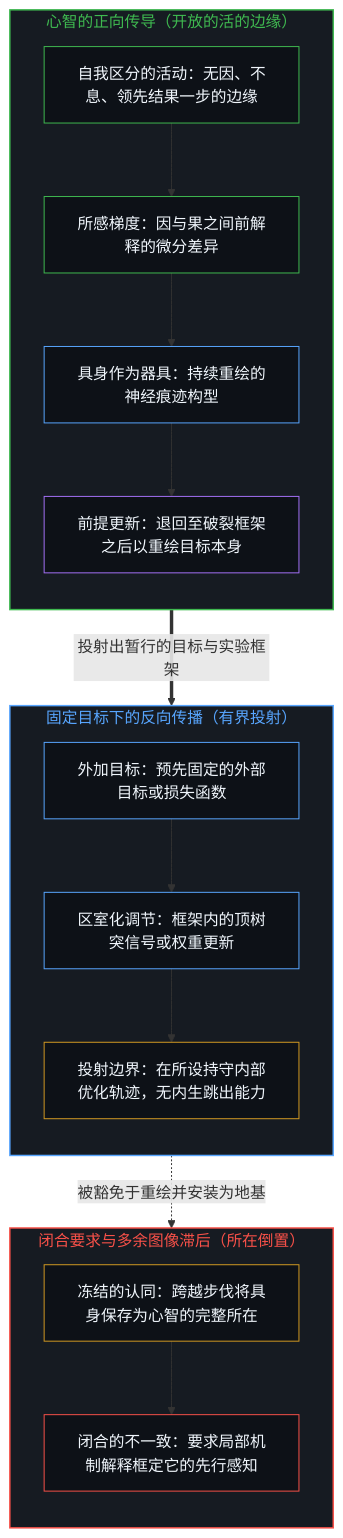
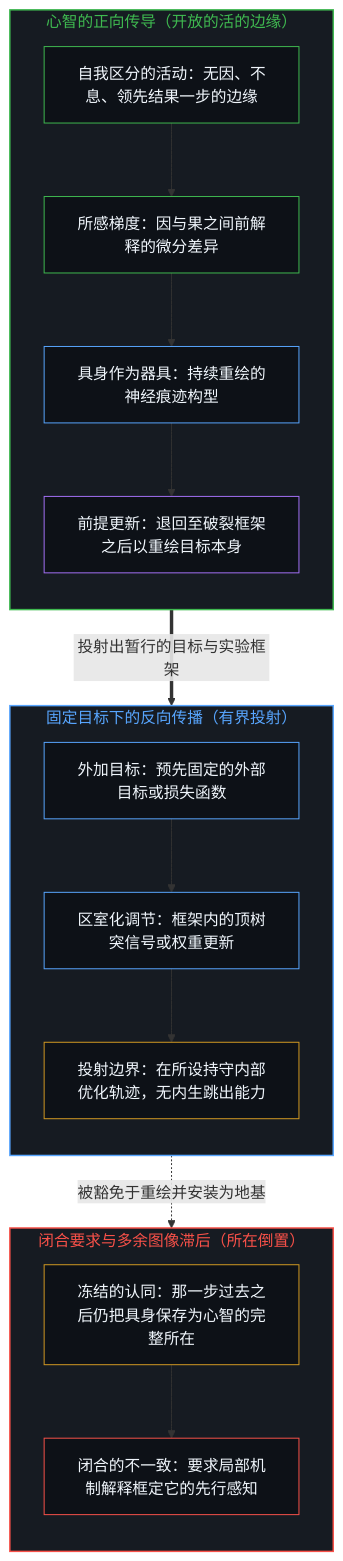
Before and after one commit to powerpig99/not-a-toe: the first of 2 diagrams in content/posts/the-brain-does-not-backprop.md, drawn with Mermaid. The commit also changed other lines of this file and 5 other files, not shown here.

````diff
--- a/content/posts/the-brain-does-not-backprop.md
+++ b/content/posts/the-brain-does-not-backprop.md
@@ -37,38 +37,38 @@
 ```mermaid
 flowchart TD
     subgraph S_Mind["心智的正向传导（开放的活的边缘）"]
         direction TB
         M_Edge["自我区分的活动：无因、不息、领先结果一步的边缘"]
         M_Grad["所感梯度：因与果之间前解释的微分差异"]
         M_Body["具身作为器具：持续重绘的神经痕迹构型"]
         M_ReRender["前提更新：退回至破裂框架之后以重绘目标本身"]
         M_Edge --> M_Grad --> M_Body --> M_ReRender
     end
     subgraph S_Proj["固定目标下的反向传播（有界投射）"]
         direction TB
         P_Hold["外加目标：预先固定的外部目标或损失函数"]
         P_Pass["区室化调节：框架内的顶树突信号或权重更新"]
         P_Limit["投射边界：在所设持守内部优化轨迹，无内生跳出能力"]
         P_Hold --> P_Pass --> P_Limit
     end
     subgraph S_Lag["闭合要求与多余图像滞后（所在倒置）"]
         direction TB
-        L_Freeze["冻结的认同：跨越步伐将具身保存为心智的完整所在"]
+        L_Freeze["冻结的认同：那一步过去之后仍把具身保存为心智的完整所在"]
         L_Incons["闭合的不一致：要求局部机制解释框定它的先行感知"]
         L_Freeze --> L_Incons
     end
     M_ReRender ==>|"投射出暂行的目标与实验框架"| P_Hold
     P_Limit -.->|"被豁免于重绘并安装为地基"| L_Freeze
     style S_Mind fill:#161b22,stroke:#3fb950,stroke-width:1.5px,color:#3fb950
     style S_Proj fill:#161b22,stroke:#58a6ff,stroke-width:1.5px,color:#58a6ff
     style S_Lag fill:#161b22,stroke:#f85149,stroke-width:1.5px,color:#f85149
     style M_Edge fill:#0d1117,stroke:#3fb950,stroke-width:1px,color:#f0f6fc
     style M_Grad fill:#0d1117,stroke:#3fb950,stroke-width:1px,color:#f0f6fc
     style M_Body fill:#0d1117,stroke:#58a6ff,stroke-width:1px,color:#f0f6fc
     style M_ReRender fill:#0d1117,stroke:#a371f7,stroke-width:1px,color:#f0f6fc
     style P_Hold fill:#0d1117,stroke:#58a6ff,stroke-width:1px,color:#f0f6fc
     style P_Pass fill:#0d1117,stroke:#58a6ff,stroke-width:1px,color:#f0f6fc
     style P_Limit fill:#0d1117,stroke:#d29922,stroke-width:1px,color:#f0f6fc
     style L_Freeze fill:#0d1117,stroke:#d29922,stroke-width:1px,color:#f0f6fc
     style L_Incons fill:#0d1117,stroke:#f85149,stroke-width:1px,color:#f0f6fc
 ```
````
